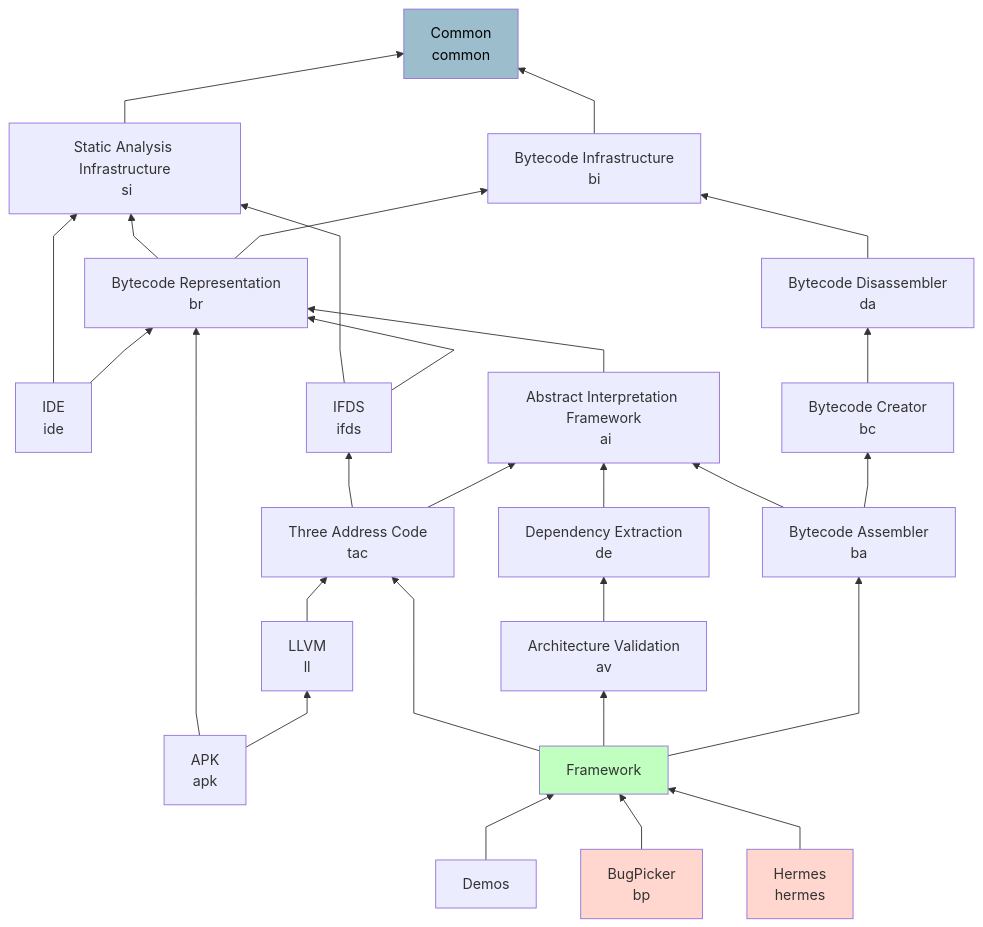
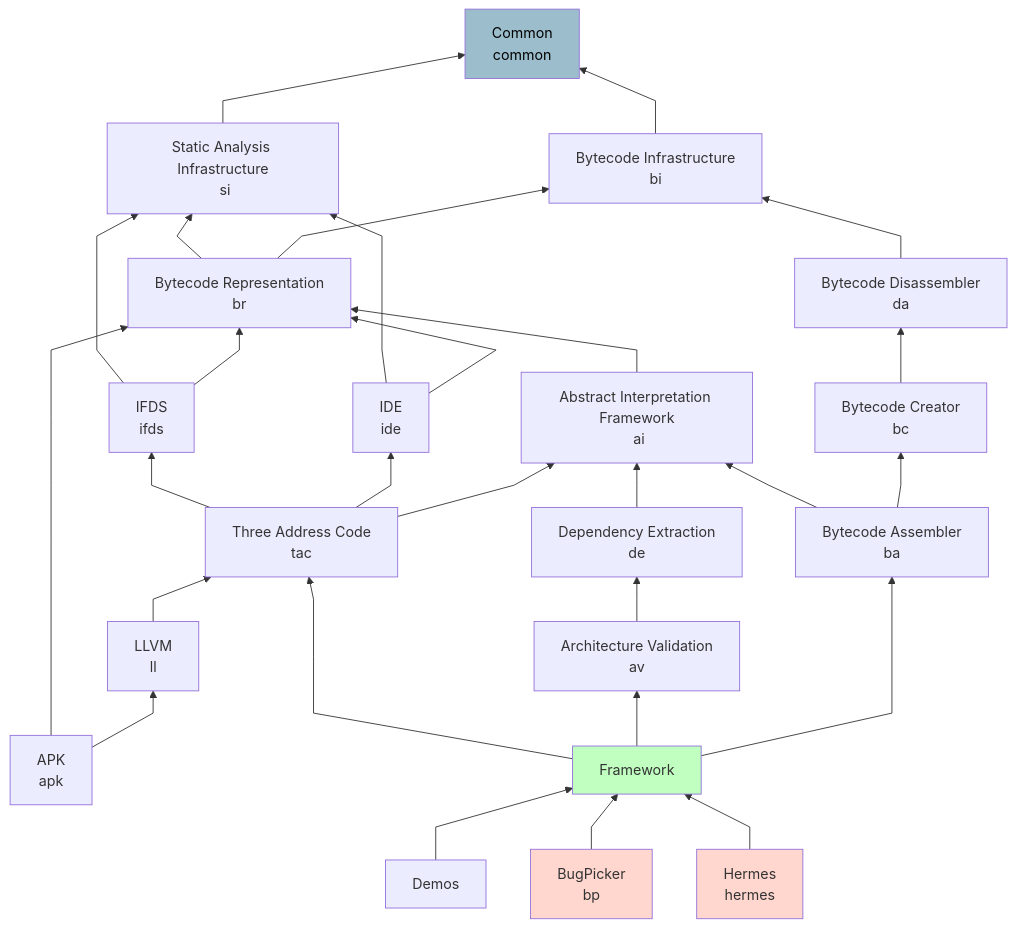
The diagram in OPAL/ProjectDependencies.mmd (opalj/opal), drawn with Mermaid before and after one commit. The commit also changed 3 other files, not shown here.

Commit message:
Preparations to integrate IDE into TAC

```diff
--- a/OPAL/ProjectDependencies.mmd
+++ b/OPAL/ProjectDependencies.mmd
@@ -1,75 +1,76 @@
 %%{ init: { 'flowchart': { 'curve': 'linear' } } }%%
 flowchart BT
     
     common[Common\n common]
 
     si[Static Analysis Infrastructure\n si]
     bi[Bytecode Infrastructure\n bi]
 
     br[Bytecode Representation\n br]
     da[Bytecode Disassembler\n da]
 
     ide[IDE\n ide]
     ifds[IFDS\n ifds]
     ai[Abstract Interpretation Framework\n ai]
     bc[Bytecode Creator\n bc]
 
     tac[Three Address Code\n tac]
     de[Dependency Extraction\n de]
     ba[Bytecode Assembler\n ba]
 
     ll[LLVM\n ll]
     apk[APK\n apk]
     av[Architecture Validation\n av]
 
     framework[Framework]
 
     demos[Demos]
     bp[BugPicker\n bp]
     hermes[Hermes\n hermes]
 
     style common fill:#9cbecc,color:black
     style framework fill:#c0ffc0
     style bp fill:#ffd7cf
     style hermes fill:#ffd7cf
 
     si --> common
 
     bi --> common
 
     br --> si
     br --> bi
     da --> bi
 
     ide --> si
     ide --> br
 
     ifds --> si
     ifds --> br
 
     ai --> br
 
     bc --> da
 
     de --> ai
 
     tac --> ifds
+    tac --> ide
     tac --> ai
 
     ll --> tac
 
     apk --> br
     apk --> ll
 
     ba --> ai
     ba --> bc
 
     av --> de
 
     framework --> tac
     framework --> av
     framework --> ba
     
     demos --> framework
     bp --> framework
     hermes --> framework
```
